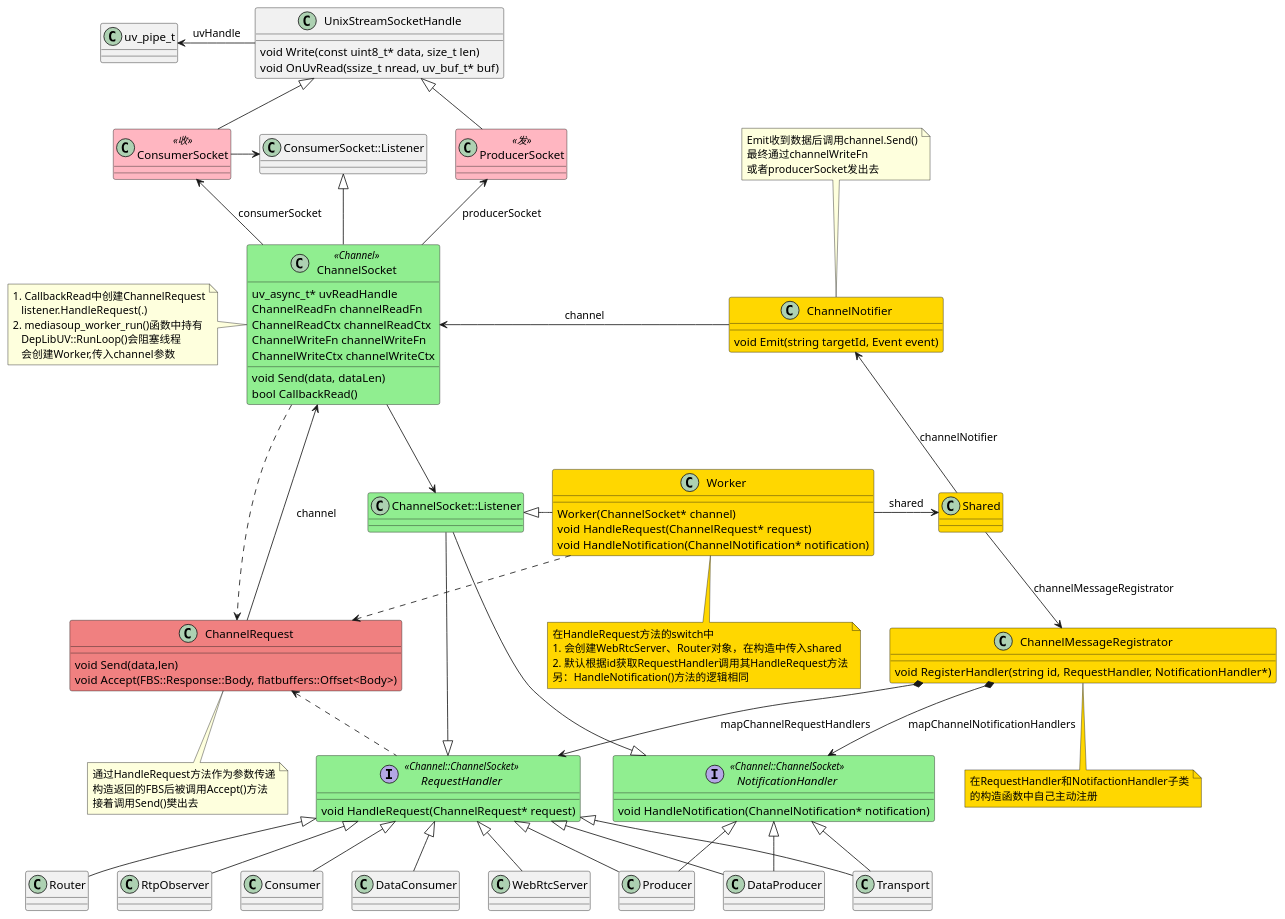
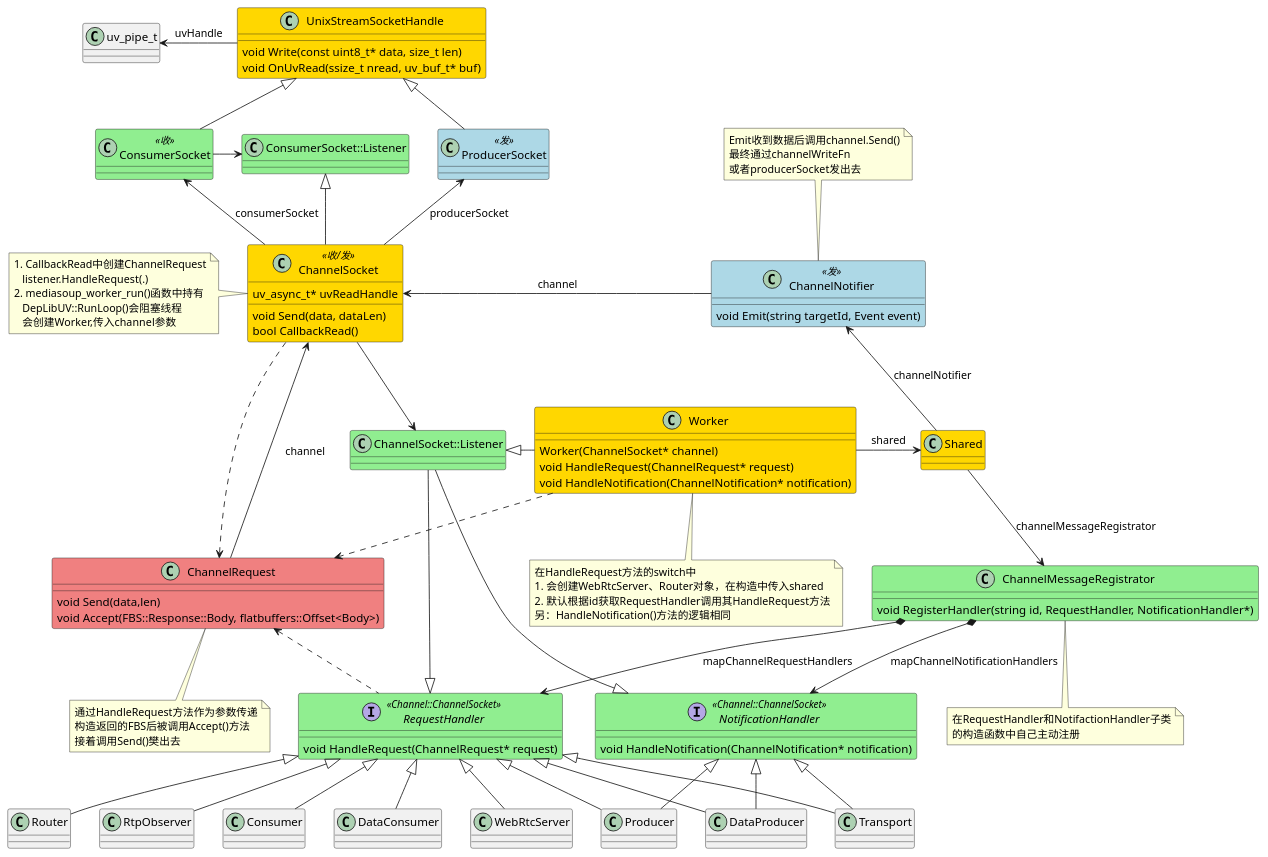
One commit to xufangbo/mediasoup changed the diagram in doc/puml/Shared.puml. Above: the diagram before and after it, drawn with PlantUML. The commit also changed 5 other files, not shown here.

```diff
--- a/doc/puml/Shared.puml
+++ b/doc/puml/Shared.puml
@@ -1,156 +1,156 @@
 @startuml
 
 class Worker #Gold
 {
     Worker(ChannelSocket* channel)
     void HandleRequest(ChannelRequest* request)
     void HandleNotification(ChannelNotification* notification)
 }
-note bottom #Gold
+note bottom 
 在HandleRequest方法的switch中
 1. 会创建WebRtcServer、Router对象，在构造中传入shared
 2. 默认根据id获取RequestHandler调用其HandleRequest方法
 另：HandleNotification()方法的逻辑相同
 end note
 
 class Shared #Gold
 {
 }
 
 
-class ChannelMessageRegistrator #Gold
+class ChannelMessageRegistrator #LightGreen
 {
     void RegisterHandler(string id, RequestHandler, NotificationHandler*)
 }
-note bottom #Gold
+note bottom 
 在RequestHandler和NotifactionHandler子类
 的构造函数中自己主动注册
 end note
 
-class ChannelNotifier #Gold
+class ChannelNotifier <<发>> #lightblue
 {
     void Emit(string targetId, Event event)
 }
 note top
 Emit收到数据后调用channel.Send()
 最终通过channelWriteFn
 或者producerSocket发出去
 end note
 
 ' ----------------------------------------------
 
 interface RequestHandler <<Channel::ChannelSocket>>  #LightGreen
 {
     void HandleRequest(ChannelRequest* request)
 }
 
 interface NotificationHandler << Channel::ChannelSocket>>  #LightGreen
 {
     void HandleNotification(ChannelNotification* notification)
 }
 
 ' ----------------------------------------------
 
-class ChannelSocket <<Channel>> #LightGreen
+class ChannelSocket << 收/发 >> #Gold
 {
     uv_async_t* uvReadHandle
-    ChannelReadFn channelReadFn
-    ChannelReadCtx channelReadCtx
-    ChannelWriteFn channelWriteFn
-    ChannelWriteCtx channelWriteCtx
+    ' ChannelReadFn channelReadFn
+    ' ChannelReadCtx channelReadCtx
+    ' ChannelWriteFn channelWriteFn
+    ' ChannelWriteCtx channelWriteCtx
 
     void Send(data, dataLen)
     bool CallbackRead()
 }
 note left 
 1. CallbackRead中创建ChannelRequest
    listener.HandleRequest(.)
 2. mediasoup_worker_run()函数中持有
    DepLibUV::RunLoop()会阻塞线程   
    会创建Worker,传入channel参数
 end note
 
 class ChannelSocket::Listener  #LightGreen
 {
 
 }
 
-class ConsumerSocket::Listener
+class ConsumerSocket::Listener  #LightGreen
 {
 
 }
 
-class UnixStreamSocketHandle
+class UnixStreamSocketHandle #Gold
 {
     void Write(const uint8_t* data, size_t len)
     void OnUvRead(ssize_t nread, uv_buf_t* buf)
 }
 
-class ConsumerSocket <<收>> #LightPink
+class ConsumerSocket <<收>> #LightGreen
 {
 }
 
-class ProducerSocket <<发>>  #LightPink
+class ProducerSocket <<发>>  #lightblue
 {
 }
 
 class ChannelRequest #LightCoral
 {
     void Send(data,len)
     void Accept(FBS::Response::Body, flatbuffers::Offset<Body>)
 }
 note bottom
 通过HandleRequest方法作为参数传递
 构造返回的FBS后被调用Accept()方法
 接着调用Send()樊出去
 end note
 
 
 
 ' ----------------------------------------------
 
 Worker -> Shared : shared
 Shared --> ChannelMessageRegistrator : channelMessageRegistrator
 ChannelNotifier <-- Shared  : channelNotifier
 Worker -.> ChannelRequest
 ChannelSocket <- ChannelRequest  : channel
 
 ChannelMessageRegistrator *--> RequestHandler : mapChannelRequestHandlers
 ChannelMessageRegistrator *--> NotificationHandler : mapChannelNotificationHandlers
 
 ChannelSocket <- ChannelNotifier : channel
 ConsumerSocket::Listener <|-- ChannelSocket
 UnixStreamSocketHandle <|-- ConsumerSocket
 UnixStreamSocketHandle <|-- ProducerSocket
 ConsumerSocket -> ConsumerSocket::Listener
 uv_pipe_t <- UnixStreamSocketHandle : uvHandle
 
 ConsumerSocket <-- ChannelSocket : consumerSocket
 ProducerSocket <-- ChannelSocket : producerSocket
 
 ' ------------------------
 
 RequestHandler <|-- WebRtcServer
 RequestHandler <|-- Router
 RequestHandler <|-- RtpObserver
 RequestHandler <|-- Producer
 RequestHandler <|-- Consumer
 RequestHandler <|-- DataProducer
 RequestHandler <|-- DataConsumer
 RequestHandler <|-- Transport
 
 NotificationHandler <|-- Transport
 NotificationHandler <|-- Producer
 NotificationHandler <|-- DataProducer
 
 ' -----------------------------------
 ChannelSocket ..> ChannelRequest 
 ChannelRequest <. RequestHandler
 ChannelSocket --> ChannelSocket::Listener 
 ChannelSocket::Listener --|> RequestHandler
 ChannelSocket::Listener --|> NotificationHandler
 
 ' --------------------------------------
 ChannelSocket::Listener <|- Worker
 
 @enduml
```
